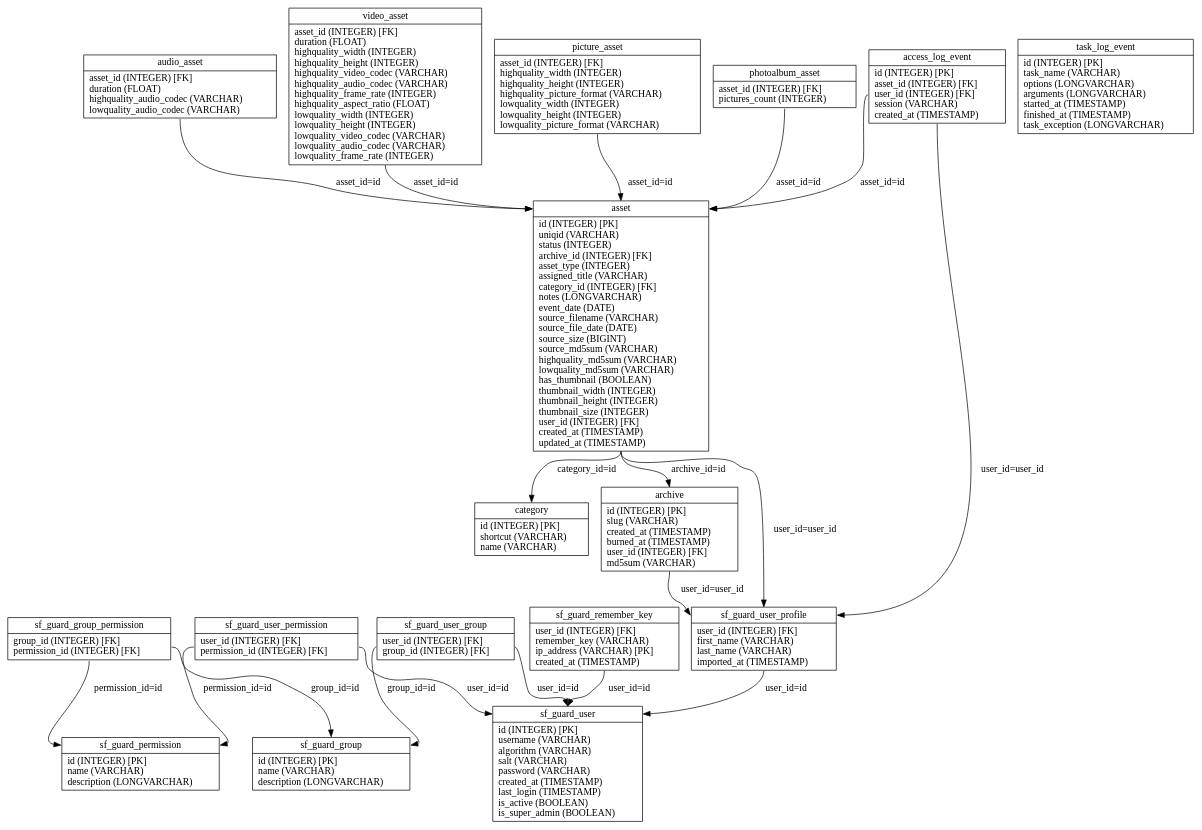
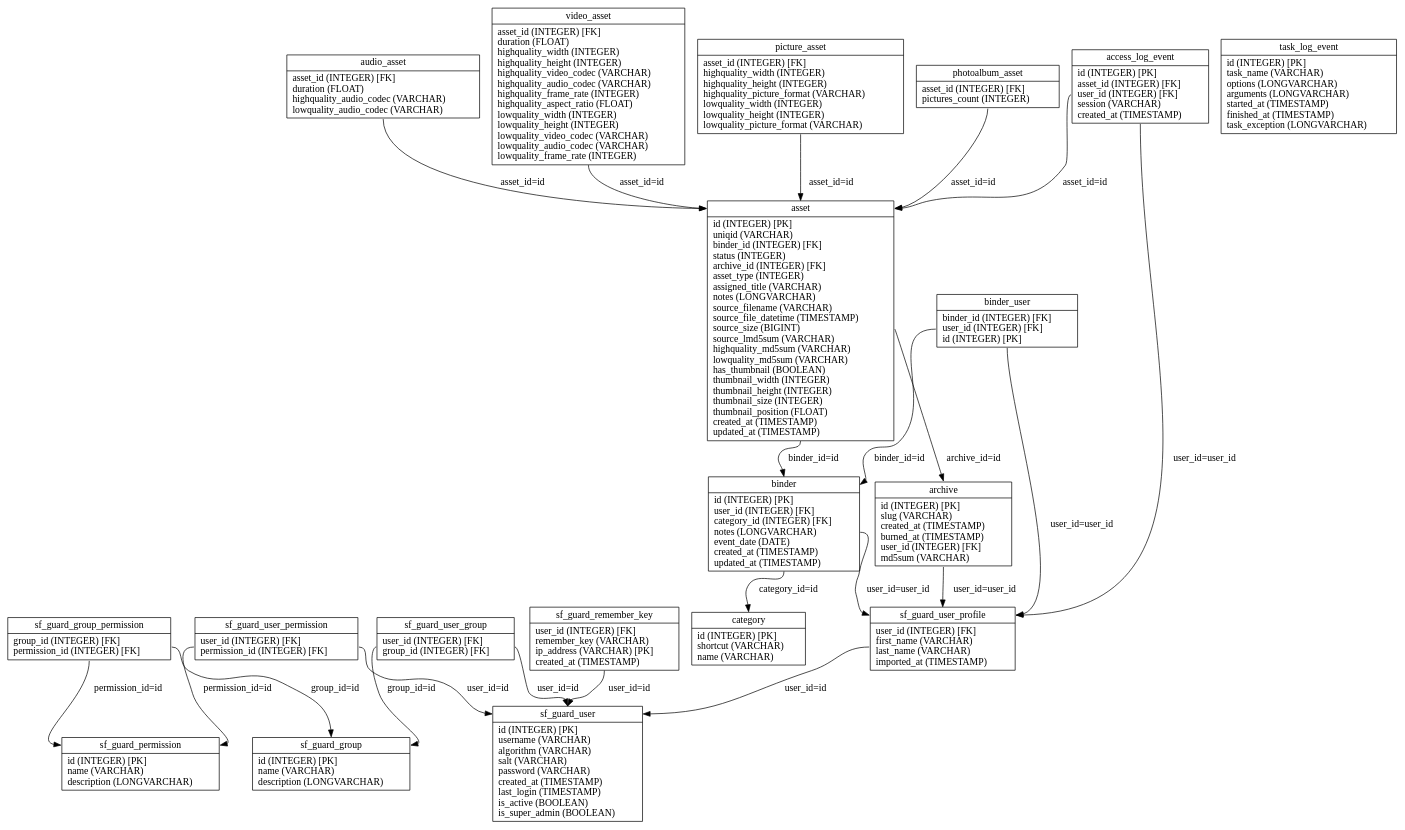
The diagram in graph/propel.schema.dot (loristissino/wviola), drawn with Graphviz before and after one commit. The commit also changed 59 other files, not shown here.

```diff
--- a/graph/propel.schema.dot
+++ b/graph/propel.schema.dot
@@ -1,38 +1,43 @@
 digraph G {
 nodesf_guard_group [label="{<table>sf_guard_group|<cols>id (INTEGER) [PK]\lname (VARCHAR)\ldescription (LONGVARCHAR)\l}", shape=record];
 nodesf_guard_permission [label="{<table>sf_guard_permission|<cols>id (INTEGER) [PK]\lname (VARCHAR)\ldescription (LONGVARCHAR)\l}", shape=record];
 nodesf_guard_group_permission [label="{<table>sf_guard_group_permission|<cols>group_id (INTEGER) [FK]\lpermission_id (INTEGER) [FK]\l}", shape=record];
 nodesf_guard_user [label="{<table>sf_guard_user|<cols>id (INTEGER) [PK]\lusername (VARCHAR)\lalgorithm (VARCHAR)\lsalt (VARCHAR)\lpassword (VARCHAR)\lcreated_at (TIMESTAMP)\llast_login (TIMESTAMP)\lis_active (BOOLEAN)\lis_super_admin (BOOLEAN)\l}", shape=record];
 nodesf_guard_user_permission [label="{<table>sf_guard_user_permission|<cols>user_id (INTEGER) [FK]\lpermission_id (INTEGER) [FK]\l}", shape=record];
 nodesf_guard_user_group [label="{<table>sf_guard_user_group|<cols>user_id (INTEGER) [FK]\lgroup_id (INTEGER) [FK]\l}", shape=record];
 nodesf_guard_remember_key [label="{<table>sf_guard_remember_key|<cols>user_id (INTEGER) [FK]\lremember_key (VARCHAR)\lip_address (VARCHAR) [PK]\lcreated_at (TIMESTAMP)\l}", shape=record];
 nodesf_guard_user_profile [label="{<table>sf_guard_user_profile|<cols>user_id (INTEGER) [FK]\lfirst_name (VARCHAR)\llast_name (VARCHAR)\limported_at (TIMESTAMP)\l}", shape=record];
-nodeasset [label="{<table>asset|<cols>id (INTEGER) [PK]\luniqid (VARCHAR)\lstatus (INTEGER)\larchive_id (INTEGER) [FK]\lasset_type (INTEGER)\lassigned_title (VARCHAR)\lcategory_id (INTEGER) [FK]\lnotes (LONGVARCHAR)\levent_date (DATE)\lsource_filename (VARCHAR)\lsource_file_date (DATE)\lsource_size (BIGINT)\lsource_md5sum (VARCHAR)\lhighquality_md5sum (VARCHAR)\llowquality_md5sum (VARCHAR)\lhas_thumbnail (BOOLEAN)\lthumbnail_width (INTEGER)\lthumbnail_height (INTEGER)\lthumbnail_size (INTEGER)\luser_id (INTEGER) [FK]\lcreated_at (TIMESTAMP)\lupdated_at (TIMESTAMP)\l}", shape=record];
+nodebinder [label="{<table>binder|<cols>id (INTEGER) [PK]\luser_id (INTEGER) [FK]\lcategory_id (INTEGER) [FK]\lnotes (LONGVARCHAR)\levent_date (DATE)\lcreated_at (TIMESTAMP)\lupdated_at (TIMESTAMP)\l}", shape=record];
+nodebinder_user [label="{<table>binder_user|<cols>binder_id (INTEGER) [FK]\luser_id (INTEGER) [FK]\lid (INTEGER) [PK]\l}", shape=record];
+nodeasset [label="{<table>asset|<cols>id (INTEGER) [PK]\luniqid (VARCHAR)\lbinder_id (INTEGER) [FK]\lstatus (INTEGER)\larchive_id (INTEGER) [FK]\lasset_type (INTEGER)\lassigned_title (VARCHAR)\lnotes (LONGVARCHAR)\lsource_filename (VARCHAR)\lsource_file_datetime (TIMESTAMP)\lsource_size (BIGINT)\lsource_lmd5sum (VARCHAR)\lhighquality_md5sum (VARCHAR)\llowquality_md5sum (VARCHAR)\lhas_thumbnail (BOOLEAN)\lthumbnail_width (INTEGER)\lthumbnail_height (INTEGER)\lthumbnail_size (INTEGER)\lthumbnail_position (FLOAT)\lcreated_at (TIMESTAMP)\lupdated_at (TIMESTAMP)\l}", shape=record];
 nodevideo_asset [label="{<table>video_asset|<cols>asset_id (INTEGER) [FK]\lduration (FLOAT)\lhighquality_width (INTEGER)\lhighquality_height (INTEGER)\lhighquality_video_codec (VARCHAR)\lhighquality_audio_codec (VARCHAR)\lhighquality_frame_rate (INTEGER)\lhighquality_aspect_ratio (FLOAT)\llowquality_width (INTEGER)\llowquality_height (INTEGER)\llowquality_video_codec (VARCHAR)\llowquality_audio_codec (VARCHAR)\llowquality_frame_rate (INTEGER)\l}", shape=record];
 nodepicture_asset [label="{<table>picture_asset|<cols>asset_id (INTEGER) [FK]\lhighquality_width (INTEGER)\lhighquality_height (INTEGER)\lhighquality_picture_format (VARCHAR)\llowquality_width (INTEGER)\llowquality_height (INTEGER)\llowquality_picture_format (VARCHAR)\l}", shape=record];
 nodephotoalbum_asset [label="{<table>photoalbum_asset|<cols>asset_id (INTEGER) [FK]\lpictures_count (INTEGER)\l}", shape=record];
 nodeaudio_asset [label="{<table>audio_asset|<cols>asset_id (INTEGER) [FK]\lduration (FLOAT)\lhighquality_audio_codec (VARCHAR)\llowquality_audio_codec (VARCHAR)\l}", shape=record];
 nodearchive [label="{<table>archive|<cols>id (INTEGER) [PK]\lslug (VARCHAR)\lcreated_at (TIMESTAMP)\lburned_at (TIMESTAMP)\luser_id (INTEGER) [FK]\lmd5sum (VARCHAR)\l}", shape=record];
 nodecategory [label="{<table>category|<cols>id (INTEGER) [PK]\lshortcut (VARCHAR)\lname (VARCHAR)\l}", shape=record];
 nodeaccess_log_event [label="{<table>access_log_event|<cols>id (INTEGER) [PK]\lasset_id (INTEGER) [FK]\luser_id (INTEGER) [FK]\lsession (VARCHAR)\lcreated_at (TIMESTAMP)\l}", shape=record];
 nodetask_log_event [label="{<table>task_log_event|<cols>id (INTEGER) [PK]\ltask_name (VARCHAR)\loptions (LONGVARCHAR)\larguments (LONGVARCHAR)\lstarted_at (TIMESTAMP)\lfinished_at (TIMESTAMP)\ltask_exception (LONGVARCHAR)\l}", shape=record];
 
 nodesf_guard_group_permission:cols -> nodesf_guard_group:table [label="group_id=id "];
 nodesf_guard_group_permission:cols -> nodesf_guard_permission:table [label="permission_id=id "];
 nodesf_guard_user_permission:cols -> nodesf_guard_user:table [label="user_id=id "];
 nodesf_guard_user_permission:cols -> nodesf_guard_permission:table [label="permission_id=id "];
 nodesf_guard_user_group:cols -> nodesf_guard_user:table [label="user_id=id "];
 nodesf_guard_user_group:cols -> nodesf_guard_group:table [label="group_id=id "];
 nodesf_guard_remember_key:cols -> nodesf_guard_user:table [label="user_id=id "];
 nodesf_guard_user_profile:cols -> nodesf_guard_user:table [label="user_id=id "];
+nodebinder:cols -> nodesf_guard_user_profile:table [label="user_id=user_id "];
+nodebinder:cols -> nodecategory:table [label="category_id=id "];
+nodebinder_user:cols -> nodebinder:table [label="binder_id=id "];
+nodebinder_user:cols -> nodesf_guard_user_profile:table [label="user_id=user_id "];
+nodeasset:cols -> nodebinder:table [label="binder_id=id "];
 nodeasset:cols -> nodearchive:table [label="archive_id=id "];
-nodeasset:cols -> nodecategory:table [label="category_id=id "];
-nodeasset:cols -> nodesf_guard_user_profile:table [label="user_id=user_id "];
 nodevideo_asset:cols -> nodeasset:table [label="asset_id=id "];
 nodepicture_asset:cols -> nodeasset:table [label="asset_id=id "];
 nodephotoalbum_asset:cols -> nodeasset:table [label="asset_id=id "];
 nodeaudio_asset:cols -> nodeasset:table [label="asset_id=id "];
 nodearchive:cols -> nodesf_guard_user_profile:table [label="user_id=user_id "];
 nodeaccess_log_event:cols -> nodeasset:table [label="asset_id=id "];
 nodeaccess_log_event:cols -> nodesf_guard_user_profile:table [label="user_id=user_id "];
 }
```
